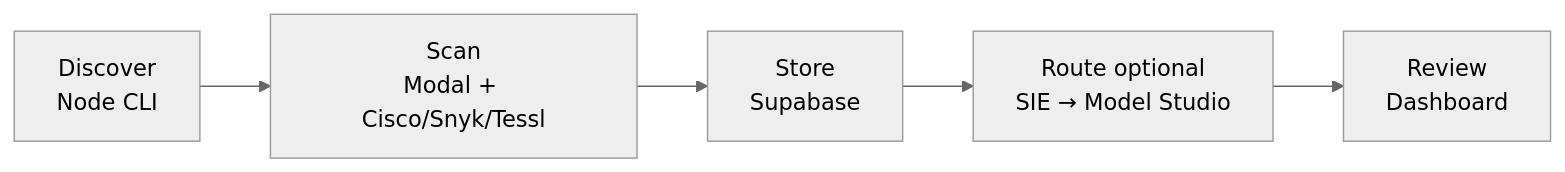
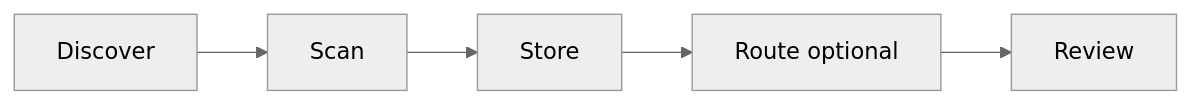
Before and after one commit to neomatrix369/tripwire: the diagram in README.md, drawn with Mermaid (neutral theme). The commit also changed other lines of this file and 28 other files, not shown here.

````diff
--- a/README.md
+++ b/README.md
@@ -150,7 +77,7 @@
 ```mermaid
 flowchart LR
-  discover["Discover<br/>Node CLI"] --> scan["Scan<br/>Modal + Cisco/Snyk/Tessl"]
-  scan --> store["Store<br/>Supabase"]
-  store --> route["Route optional<br/>SIE → Model Studio"]
-  route --> review["Review<br/>Dashboard"]
+  discover["Discover"] --> scan["Scan"]
+  scan --> store["Store"]
+  store --> route["Route optional"]
+  route --> review["Review"]
 ```
````
